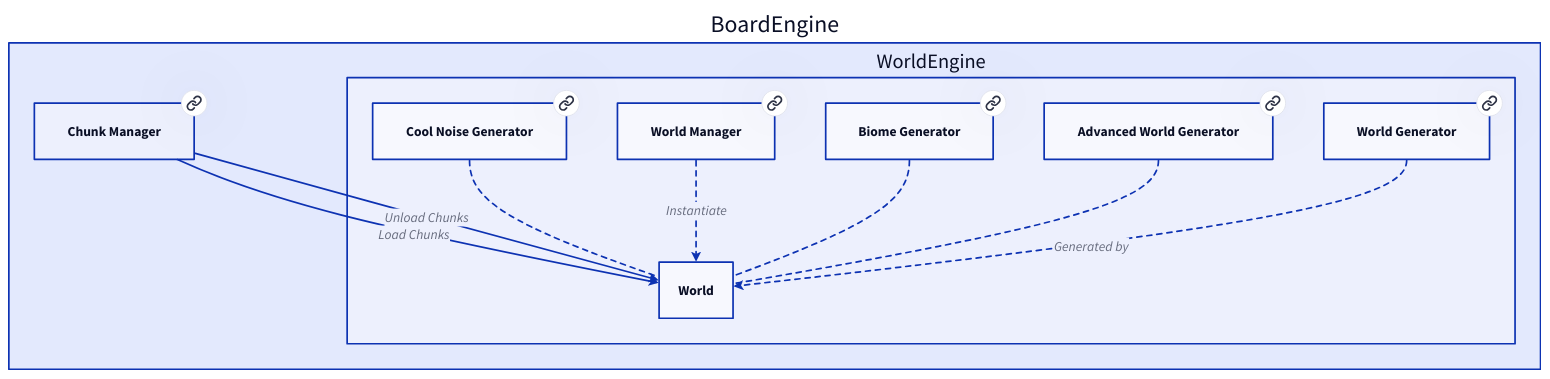
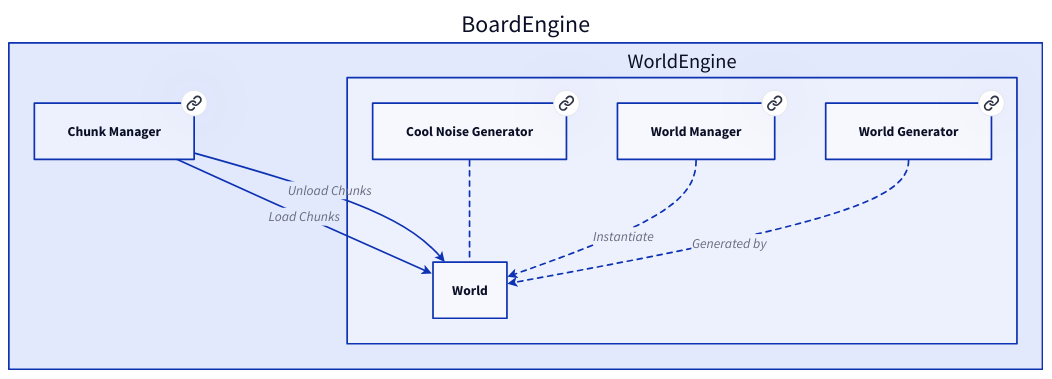
Before and after one commit to Portevent/Brume-Documentation: the diagram in doc/BoardEngine/WorldEngine/World.md, drawn with D2. The commit also changed 14 other files, not shown here.

````diff
--- a/doc/BoardEngine/WorldEngine/World.md
+++ b/doc/BoardEngine/WorldEngine/World.md
@@ -11,47 +11,39 @@
 ```d2
 # Nodes :
 BoardEngine: {
     ChunkManager: Chunk Manager {
        link: ChunkManager
     }
     WorldEngine: {
         CoolNoiseGenerator: Cool Noise Generator {
            link: CoolNoiseGenerator
         }
         WorldManager: World Manager {
            link: WorldManager
         }
-        BiomeGenerator: Biome Generator {
-           link: BiomeGenerator
-        }
-        AdvancedWorldGenerator: Advanced World Generator {
-           link: AdvancedWorldGenerator
-        }
         WorldGenerator: World Generator {
            link: WorldGenerator
         }
     }
 }
 
 # Links :
 BoardEngine.WorldEngine.CoolNoiseGenerator -- BoardEngine.WorldEngine.World: {style.stroke-dash: 3}
-BoardEngine.WorldEngine.BiomeGenerator -- BoardEngine.WorldEngine.World: {style.stroke-dash: 3}
-BoardEngine.WorldEngine.AdvancedWorldGenerator -- BoardEngine.WorldEngine.World: {style.stroke-dash: 3}
 BoardEngine.ChunkManager -> BoardEngine.WorldEngine.World: Load Chunks {
 source-arrowhead: {}
 target-arrowhead: {shape: arrow}
 }
 BoardEngine.ChunkManager -> BoardEngine.WorldEngine.World: Unload Chunks {
 source-arrowhead: {}
 target-arrowhead: {shape: arrow}
 }
 BoardEngine.WorldEngine.WorldGenerator -> BoardEngine.WorldEngine.World: Generated by {style.stroke-dash: 3
 source-arrowhead: {}
 target-arrowhead: {shape: arrow}
 }
 BoardEngine.WorldEngine.WorldManager -> BoardEngine.WorldEngine.World: Instantiate {style.stroke-dash: 3
 source-arrowhead: {}
 target-arrowhead: {shape: arrow}
 }
 
 ```
````
